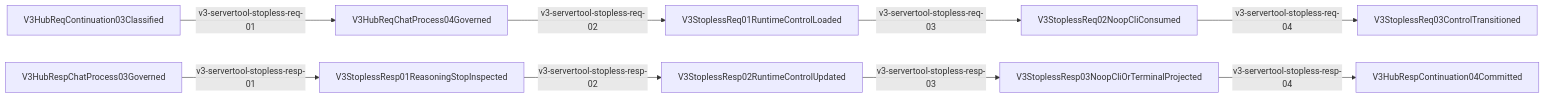
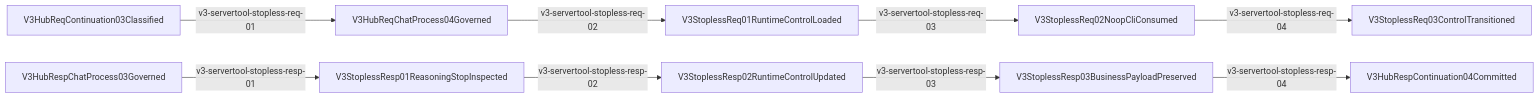
The first of 2 diagrams in docs/architecture/wiki/stopless-session-mainline-source.md (Jasonzhangf/routecodex), drawn with Mermaid before and after one commit. The commit also changed other lines of this file and 102 other files, not shown here.

````diff
--- a/docs/architecture/wiki/stopless-session-mainline-source.md
+++ b/docs/architecture/wiki/stopless-session-mainline-source.md
@@ -27,21 +27,21 @@
 ```mermaid
 flowchart LR
   V3HubReqContinuation03Classified["V3HubReqContinuation03Classified"]
   V3HubReqChatProcess04Governed["V3HubReqChatProcess04Governed"]
   V3StoplessReq01RuntimeControlLoaded["V3StoplessReq01RuntimeControlLoaded"]
   V3StoplessReq02NoopCliConsumed["V3StoplessReq02NoopCliConsumed"]
   V3StoplessReq03ControlTransitioned["V3StoplessReq03ControlTransitioned"]
   V3HubRespChatProcess03Governed["V3HubRespChatProcess03Governed"]
   V3StoplessResp01ReasoningStopInspected["V3StoplessResp01ReasoningStopInspected"]
   V3StoplessResp02RuntimeControlUpdated["V3StoplessResp02RuntimeControlUpdated"]
-  V3StoplessResp03NoopCliOrTerminalProjected["V3StoplessResp03NoopCliOrTerminalProjected"]
+  V3StoplessResp03BusinessPayloadPreserved["V3StoplessResp03BusinessPayloadPreserved"]
   V3HubRespContinuation04Committed["V3HubRespContinuation04Committed"]
   V3HubReqContinuation03Classified -->|v3-servertool-stopless-req-01| V3HubReqChatProcess04Governed
   V3HubReqChatProcess04Governed -->|v3-servertool-stopless-req-02| V3StoplessReq01RuntimeControlLoaded
   V3StoplessReq01RuntimeControlLoaded -->|v3-servertool-stopless-req-03| V3StoplessReq02NoopCliConsumed
   V3StoplessReq02NoopCliConsumed -->|v3-servertool-stopless-req-04| V3StoplessReq03ControlTransitioned
   V3HubRespChatProcess03Governed -->|v3-servertool-stopless-resp-01| V3StoplessResp01ReasoningStopInspected
   V3StoplessResp01ReasoningStopInspected -->|v3-servertool-stopless-resp-02| V3StoplessResp02RuntimeControlUpdated
-  V3StoplessResp02RuntimeControlUpdated -->|v3-servertool-stopless-resp-03| V3StoplessResp03NoopCliOrTerminalProjected
-  V3StoplessResp03NoopCliOrTerminalProjected -->|v3-servertool-stopless-resp-04| V3HubRespContinuation04Committed
+  V3StoplessResp02RuntimeControlUpdated -->|v3-servertool-stopless-resp-03| V3StoplessResp03BusinessPayloadPreserved
+  V3StoplessResp03BusinessPayloadPreserved -->|v3-servertool-stopless-resp-04| V3HubRespContinuation04Committed
 ```
````
